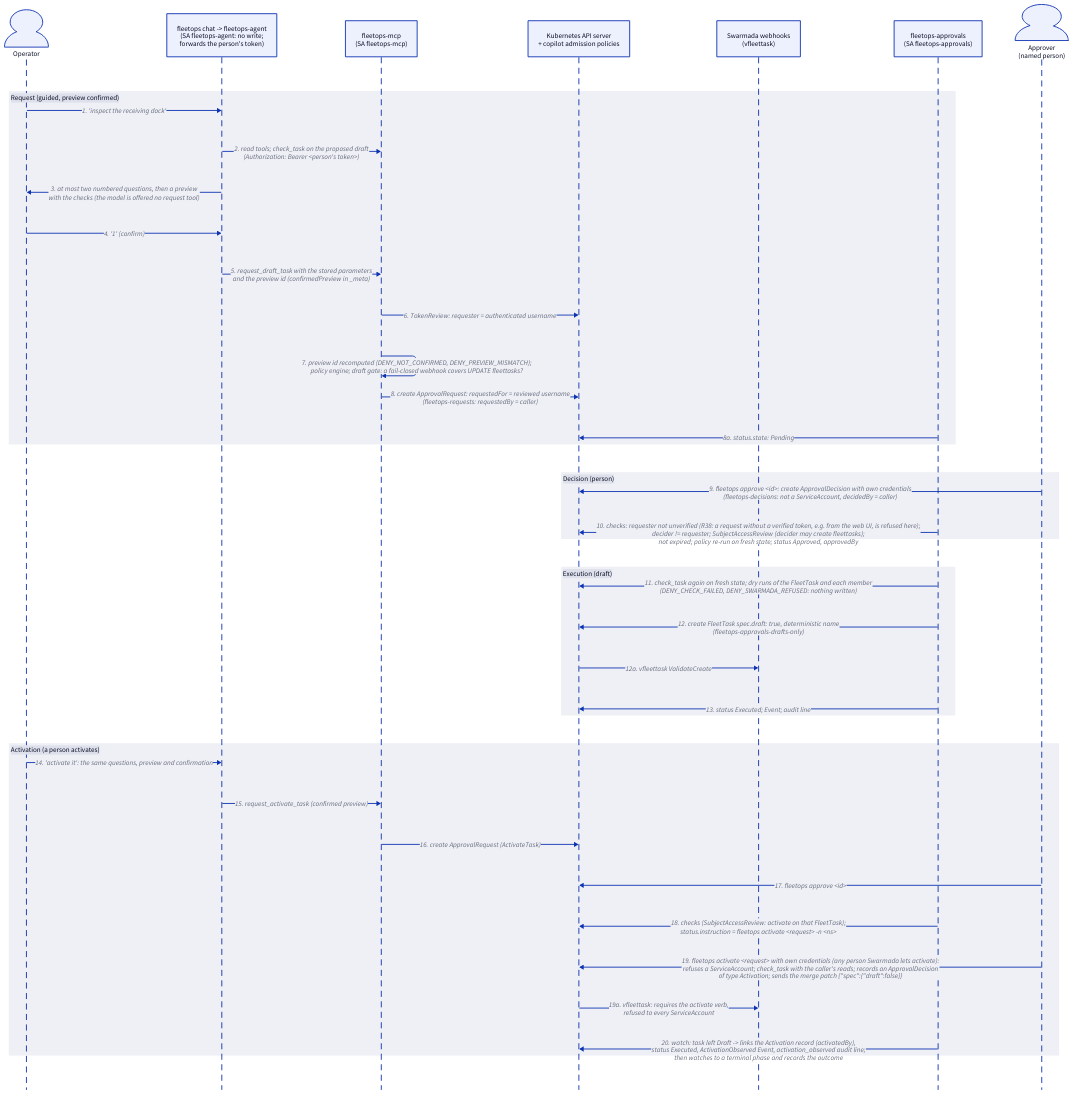
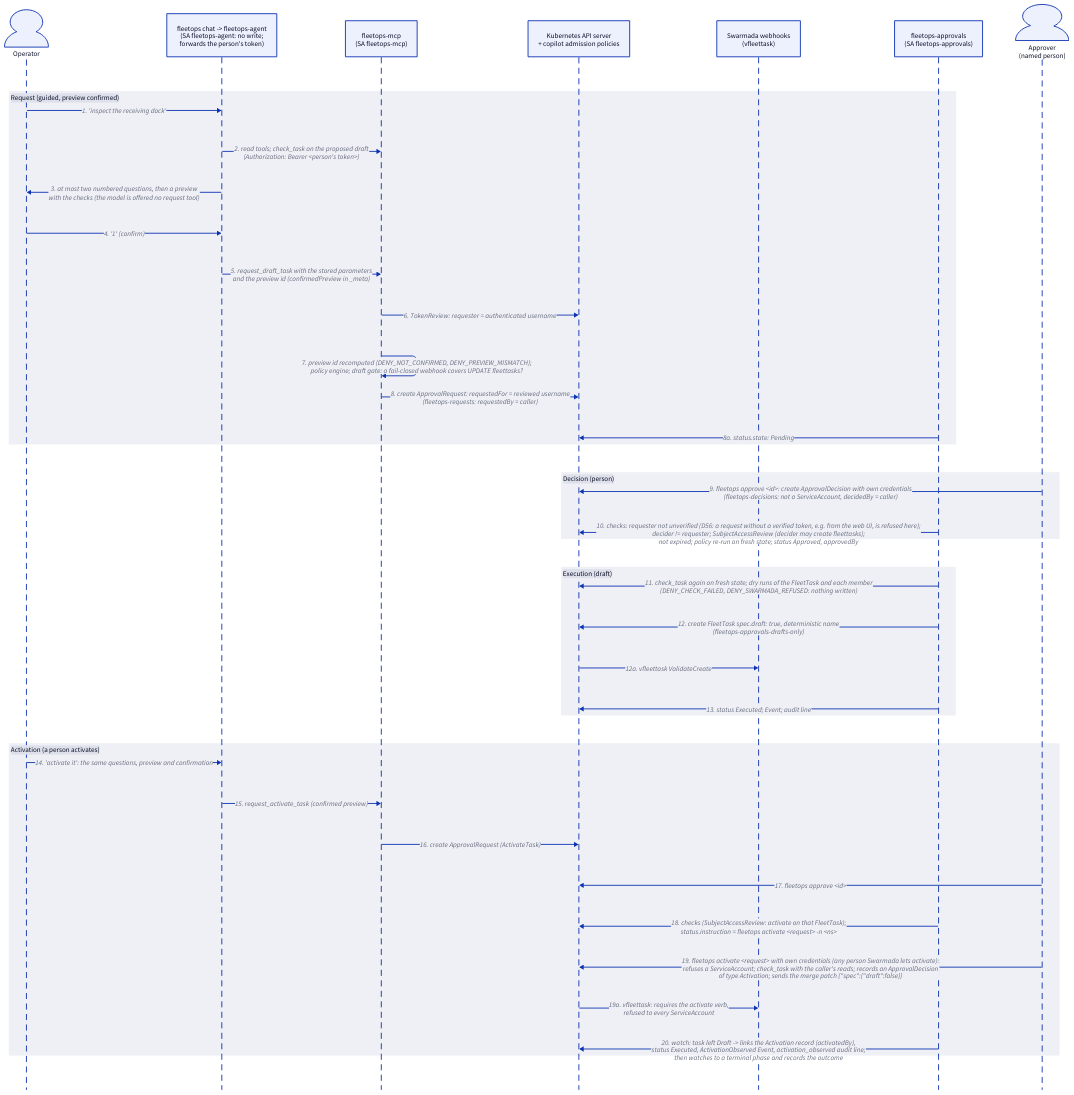
One commit to AlexBahel/fleet-ops-copilot changed the diagram in docs/architecture/approval-flow.d2. Above: the diagram before and after it, drawn with D2. The commit also changed 96 other files, not shown here.

First line of the commit message:
Code, scenario, chart and config comments cite D-numbers

```diff
--- a/docs/architecture/approval-flow.d2
+++ b/docs/architecture/approval-flow.d2
@@ -1,53 +1,53 @@
 # Fleet Ops Copilot: approval flow for a draft FleetTask and its activation
 # (docs/DESIGN.md §3.3, §3.10, D25, D28, D74, D76, D79). Source for approval-flow.svg;
 # render with `d2 approval-flow.d2 approval-flow.svg` (see README.md in this directory).
 # Zone maintenance and zone stop follow steps 1-13 with a different write in
 # step 12 and no step 11. fleetops-mcp records as requestedFor the username of the
-# caller's bearer token, verified with a TokenReview (R39); without a verified token
-# it records unverified:<name>, which is refused at step 10 (R38). The web UI sends
+# caller's bearer token, verified with a TokenReview (D57); without a verified token
+# it records unverified:<name>, which is refused at step 10 (D56). The web UI sends
 # no token, so its requests stop there; fleetops chat sends the person's token.
 
 shape: sequence_diagram
 
 operator: Operator {shape: person}
 agent: "fleetops chat -> fleetops-agent\n(SA fleetops-agent: no write;\nforwards the person's token)"
 mcp: "fleetops-mcp\n(SA fleetops-mcp)"
 api: "Kubernetes API server\n+ copilot admission policies"
 webhooks: "Swarmada webhooks\n(vfleettask)"
 approvals: "fleetops-approvals\n(SA fleetops-approvals)"
 approver: "Approver\n(named person)" {shape: person}
 
 request: "Request (guided, preview confirmed)" {
   operator -> agent: "1. 'inspect the receiving dock'"
   agent -> mcp: "2. read tools; check_task on the proposed draft\n(Authorization: Bearer <person's token>)"
   agent -> operator: "3. at most two numbered questions, then a preview\nwith the checks (the model is offered no request tool)"
   operator -> agent: "4. '1' (confirm)"
   agent -> mcp: "5. request_draft_task with the stored parameters\nand the preview id (confirmedPreview in _meta)"
   mcp -> api: "6. TokenReview: requester = authenticated username"
   mcp -> mcp: "7. preview id recomputed (DENY_NOT_CONFIRMED, DENY_PREVIEW_MISMATCH);\npolicy engine; draft gate: a fail-closed webhook covers UPDATE fleettasks?"
   mcp -> api: "8. create ApprovalRequest: requestedFor = reviewed username\n(fleetops-requests: requestedBy = caller)"
   approvals -> api: "8a. status.state: Pending"
 }
 
 decide: "Decision (person)" {
   approver -> api: "9. fleetops approve <id>: create ApprovalDecision with own credentials\n(fleetops-decisions: not a ServiceAccount, decidedBy = caller)"
-  approvals -> api: "10. checks: requester not unverified (R38: a request without a verified token, e.g. from the web UI, is refused here);\ndecider != requester; SubjectAccessReview (decider may create fleettasks);\nnot expired; policy re-run on fresh state; status Approved, approvedBy"
+  approvals -> api: "10. checks: requester not unverified (D56: a request without a verified token, e.g. from the web UI, is refused here);\ndecider != requester; SubjectAccessReview (decider may create fleettasks);\nnot expired; policy re-run on fresh state; status Approved, approvedBy"
 }
 
 execute: "Execution (draft)" {
   approvals -> api: "11. check_task again on fresh state; dry runs of the FleetTask and each member\n(DENY_CHECK_FAILED, DENY_SWARMADA_REFUSED: nothing written)"
   approvals -> api: "12. create FleetTask spec.draft: true, deterministic name\n(fleetops-approvals-drafts-only)"
   api -> webhooks: "12a. vfleettask ValidateCreate"
   approvals -> api: "13. status Executed; Event; audit line"
 }
 
 activate: "Activation (a person activates)" {
   operator -> agent: "14. 'activate it': the same questions, preview and confirmation"
   agent -> mcp: "15. request_activate_task (confirmed preview)"
   mcp -> api: "16. create ApprovalRequest (ActivateTask)"
   approver -> api: "17. fleetops approve <id>"
   approvals -> api: "18. checks (SubjectAccessReview: activate on that FleetTask);\nstatus.instruction = fleetops activate <request> -n <ns>"
   approver -> api: "19. fleetops activate <request> with own credentials (any person Swarmada lets activate):\nrefuses a ServiceAccount; check_task with the caller's reads; records an ApprovalDecision\nof type Activation; sends the merge patch {\"spec\":{\"draft\":false}}"
   api -> webhooks: "19a. vfleettask: requires the activate verb,\nrefused to every ServiceAccount"
   approvals -> api: "20. watch: task left Draft -> links the Activation record (activatedBy),\nstatus Executed, ActivationObserved Event, activation_observed audit line;\nthen watches to a terminal phase and records the outcome"
 }
```
